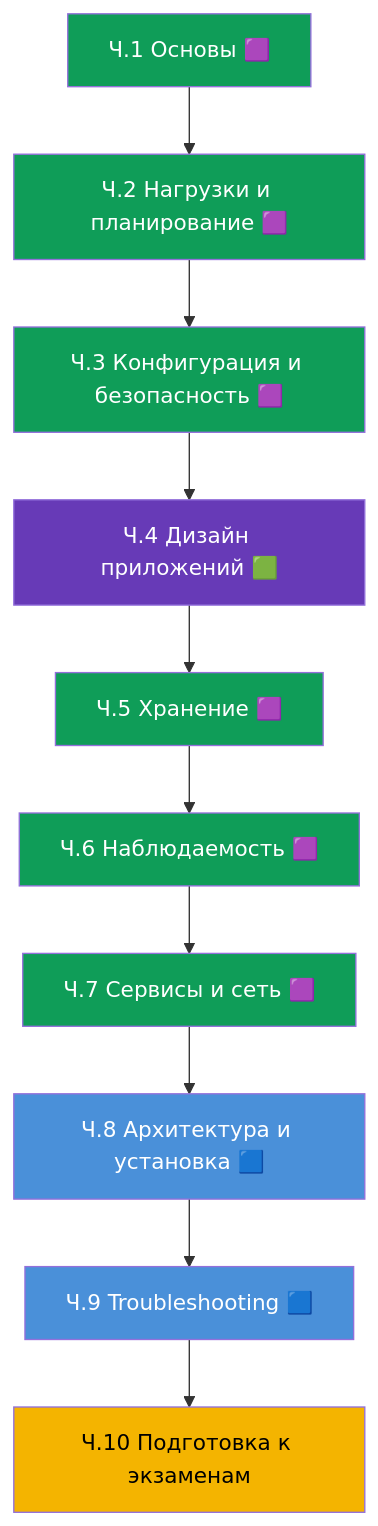
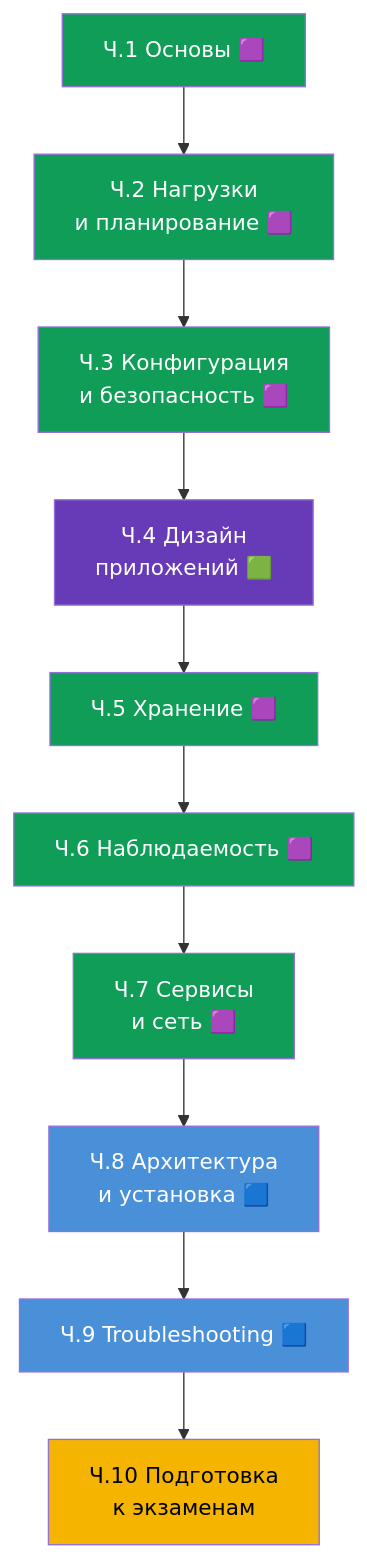
The ninth of 9 diagrams in tasks/cka/course/01/ru.md (ViktorUJ/cks), drawn with Mermaid before and after one commit. The commit also changed other lines of this file and 10 other files, not shown here.

````diff
--- a/tasks/cka/course/01/ru.md
+++ b/tasks/cka/course/01/ru.md
@@ -272,22 +298,22 @@
 ```mermaid
 flowchart TB
-    P1["Ч.1 Основы 🟪"] --> P2["Ч.2 Нагрузки и планирование 🟪"]
-    P2 --> P3["Ч.3 Конфигурация и безопасность 🟪"]
-    P3 --> P4["Ч.4 Дизайн приложений 🟩"]
+    P1["Ч.1 Основы 🟪"] --> P2["Ч.2 Нагрузки<br>и планирование 🟪"]
+    P2 --> P3["Ч.3 Конфигурация<br>и безопасность 🟪"]
+    P3 --> P4["Ч.4 Дизайн<br>приложений 🟩"]
     P4 --> P5["Ч.5 Хранение 🟪"]
     P5 --> P6["Ч.6 Наблюдаемость 🟪"]
-    P6 --> P7["Ч.7 Сервисы и сеть 🟪"]
-    P7 --> P8["Ч.8 Архитектура и установка 🟦"]
+    P6 --> P7["Ч.7 Сервисы<br>и сеть 🟪"]
+    P7 --> P8["Ч.8 Архитектура<br>и установка 🟦"]
     P8 --> P9["Ч.9 Troubleshooting 🟦"]
-    P9 --> P10["Ч.10 Подготовка к экзаменам"]
+    P9 --> P10["Ч.10 Подготовка<br>к экзаменам"]
     style P1 fill:#0f9d58,color:#fff
     style P2 fill:#0f9d58,color:#fff
     style P3 fill:#0f9d58,color:#fff
     style P4 fill:#673ab7,color:#fff
     style P5 fill:#0f9d58,color:#fff
     style P6 fill:#0f9d58,color:#fff
     style P7 fill:#0f9d58,color:#fff
     style P8 fill:#4a90d9,color:#fff
     style P9 fill:#4a90d9,color:#fff
     style P10 fill:#f4b400,color:#000
 ```
````
